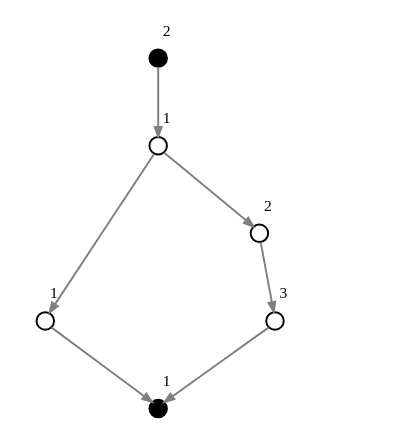
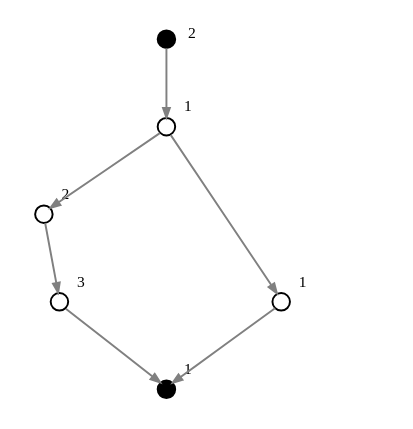
The diagram in images/presentation-scc-metagraph-with-b.dot (massimo-nocentini/my-undergraduate-thesis), drawn with Graphviz before and after one commit. The commit also changed 4 other files, not shown here.

```diff
--- a/images/presentation-scc-metagraph-with-b.dot
+++ b/images/presentation-scc-metagraph-with-b.dot
@@ -1,39 +1,39 @@
 digraph G { ratio=1; center = true; edge [arrowsize=.5, weight=.1,
 	color="gray", fontsize=8]; node
 	[label="",shape=circle,height=0.12,width=0.12,fontsize=1];
 	dummy_species_id12dummy_compartment_id ->
 	dummy_species_id11dummy_compartment_id;
-	dummy_species_id13dummy_compartment_id ->
-	dummy_species_id11dummy_compartment_id;
+	dummy_species_id11dummy_compartment_id ->
+	dummy_species_id13dummy_compartment_id;
 	dummy_species_id14dummy_compartment_id ->
 	dummy_species_id13dummy_compartment_id;
 	dummy_species_id15dummy_compartment_id ->
 	dummy_species_id12dummy_compartment_id;
 	dummy_species_id15dummy_compartment_id ->
 	dummy_species_id14dummy_compartment_id;
 	dummy_species_id16dummy_compartment_id ->
 	dummy_species_id15dummy_compartment_id;
-	dummy_species_id11dummy_compartment_id [color="black",
-	style=filled]; dummy_species_id12dummy_compartment_id ;
-	dummy_species_id13dummy_compartment_id ;
-	dummy_species_id14dummy_compartment_id ;
+	dummy_species_id11dummy_compartment_id;
+	dummy_species_id12dummy_compartment_id ;
+	dummy_species_id13dummy_compartment_id [color="black",
+	style=filled] ; dummy_species_id14dummy_compartment_id ;
 	dummy_species_id15dummy_compartment_id ;
 	dummy_species_id16dummy_compartment_id [color="black",
 	style=filled]; dummy_species_id11dummy_compartment_id ->
-	dummy_species_id11dummy_compartment_id [taillabel="1",
-	labelangle=45, labeldistance=1, color=transparent];
+	dummy_species_id11dummy_compartment_id [taillabel="3",
+	labelangle=0, color=transparent];
 	dummy_species_id12dummy_compartment_id ->
-	dummy_species_id12dummy_compartment_id [taillabel="1",
-	labelangle=45, labeldistance=1, color=transparent];
+	dummy_species_id12dummy_compartment_id [taillabel="2",
+	labelangle=0, color=transparent];
 	dummy_species_id13dummy_compartment_id ->
-	dummy_species_id13dummy_compartment_id [taillabel="3",
-	labelangle=45, labeldistance=1, color=transparent];
+	dummy_species_id13dummy_compartment_id [taillabel="1",
+	labelangle=0, color=transparent];
 	dummy_species_id14dummy_compartment_id ->
-	dummy_species_id14dummy_compartment_id [taillabel="2",
-	labelangle=45, labeldistance=1, color=transparent];
+	dummy_species_id14dummy_compartment_id [taillabel="1",
+	labelangle=0, color=transparent];
 	dummy_species_id15dummy_compartment_id ->
 	dummy_species_id15dummy_compartment_id [taillabel="1",
-	labelangle=45, labeldistance=1, color=transparent];
+	labelangle=0, color=transparent];
 	dummy_species_id16dummy_compartment_id ->
 	dummy_species_id16dummy_compartment_id [taillabel="2",
-	labelangle=45, labeldistance=1, color=transparent]; }
+	labelangle=-45 color=transparent]; }
```
